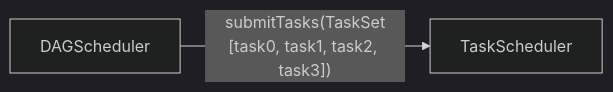
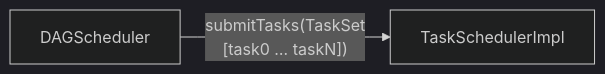
The tenth of 17 diagrams in docs/spark-book/ch02-spark-architecture.md (arindamchoudhury/spark-gyan), drawn with Mermaid (dark theme) before and after one commit. The commit also changed other lines of this file and 5 other files, not shown here.

````diff
--- a/docs/spark-book/ch02-spark-architecture.md
+++ b/docs/spark-book/ch02-spark-architecture.md
@@ -756,4 +849,4 @@
 ```mermaid
 flowchart LR
-    D["DAGScheduler"] -->|"submitTasks(TaskSet\n[task0, task1, task2, task3])"| T["TaskScheduler"]
+    D["DAGScheduler"] -->|"submitTasks(TaskSet\n[task0 … taskN])"| T["TaskSchedulerImpl"]
 ```
````
